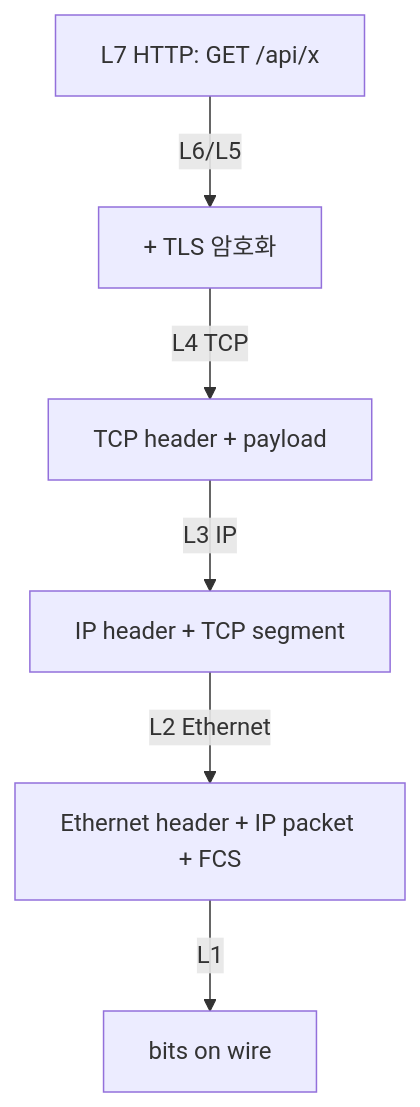
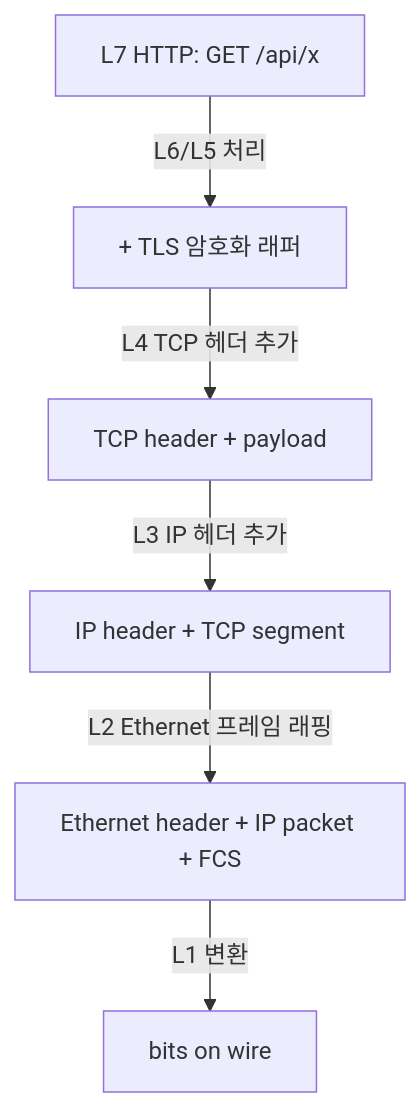
One commit to shinkeonkim/shinkeonkim.github.io changed the second of 4 diagrams in src/content/wiki/network/osi-7-layer.mdx. Above: the diagram before and after it, drawn with Mermaid. The commit also changed other lines of this file and 526 other files, not shown here.

First line of the commit message:
content(wiki): 전수조사 및 대규모 보강 (짧은 파일 0, mermaid +645)

````diff
--- a/src/content/wiki/network/osi-7-layer.mdx
+++ b/src/content/wiki/network/osi-7-layer.mdx
@@ -125,9 +176,9 @@
 ```mermaid
 flowchart TB
     L7Msg["L7 HTTP: GET /api/x"]
-    L7Msg -->|L6/L5| L7Frame["+ TLS 암호화"]
-    L7Frame -->|L4 TCP| L4Frame["TCP header + payload"]
-    L4Frame -->|L3 IP| L3Frame["IP header + TCP segment"]
-    L3Frame -->|L2 Ethernet| L2Frame["Ethernet header + IP packet + FCS"]
-    L2Frame -->|L1| Bit[bits on wire]
+    L7Msg -->|"L6/L5 처리"| L6Frame["+ TLS 암호화 래퍼"]
+    L6Frame -->|"L4 TCP 헤더 추가"| L4Frame["TCP header + payload"]
+    L4Frame -->|"L3 IP 헤더 추가"| L3Frame["IP header + TCP segment"]
+    L3Frame -->|"L2 Ethernet 프레임 래핑"| L2Frame["Ethernet header + IP packet + FCS"]
+    L2Frame -->|"L1 변환"| Bit["bits on wire"]
 ```
````
